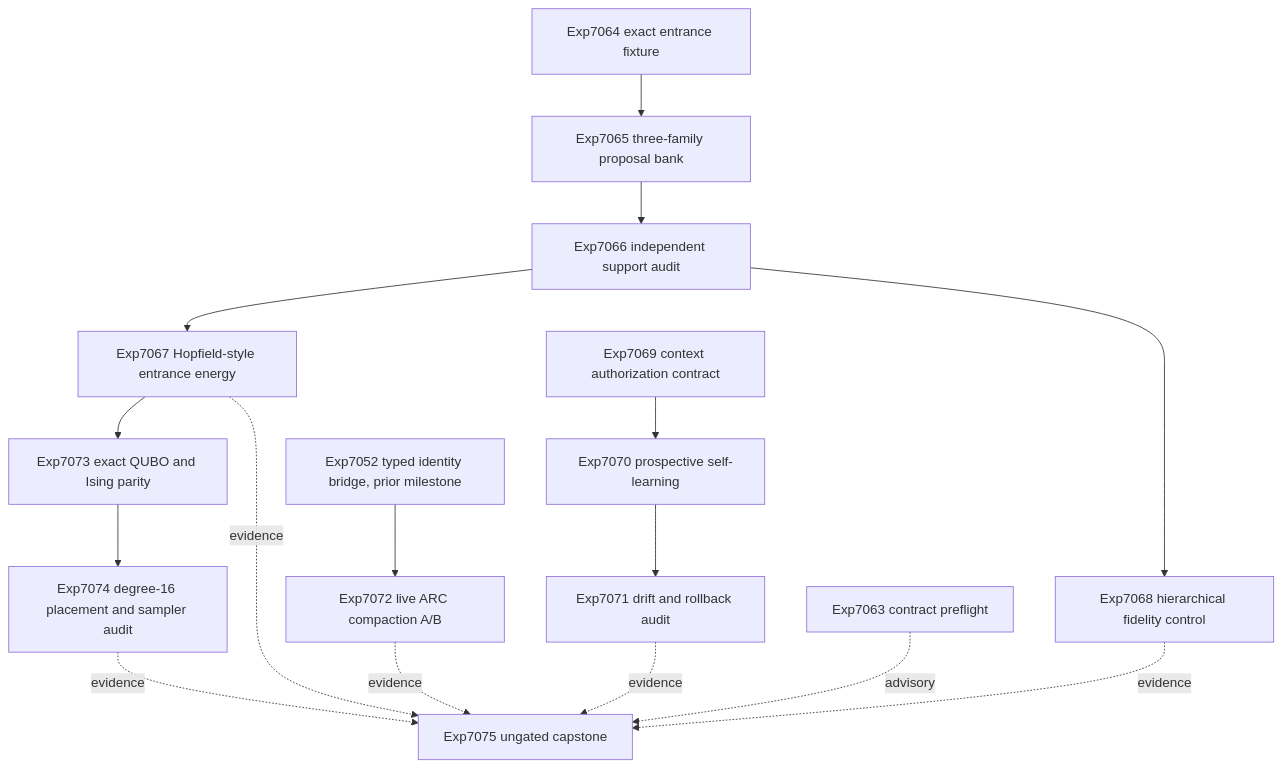
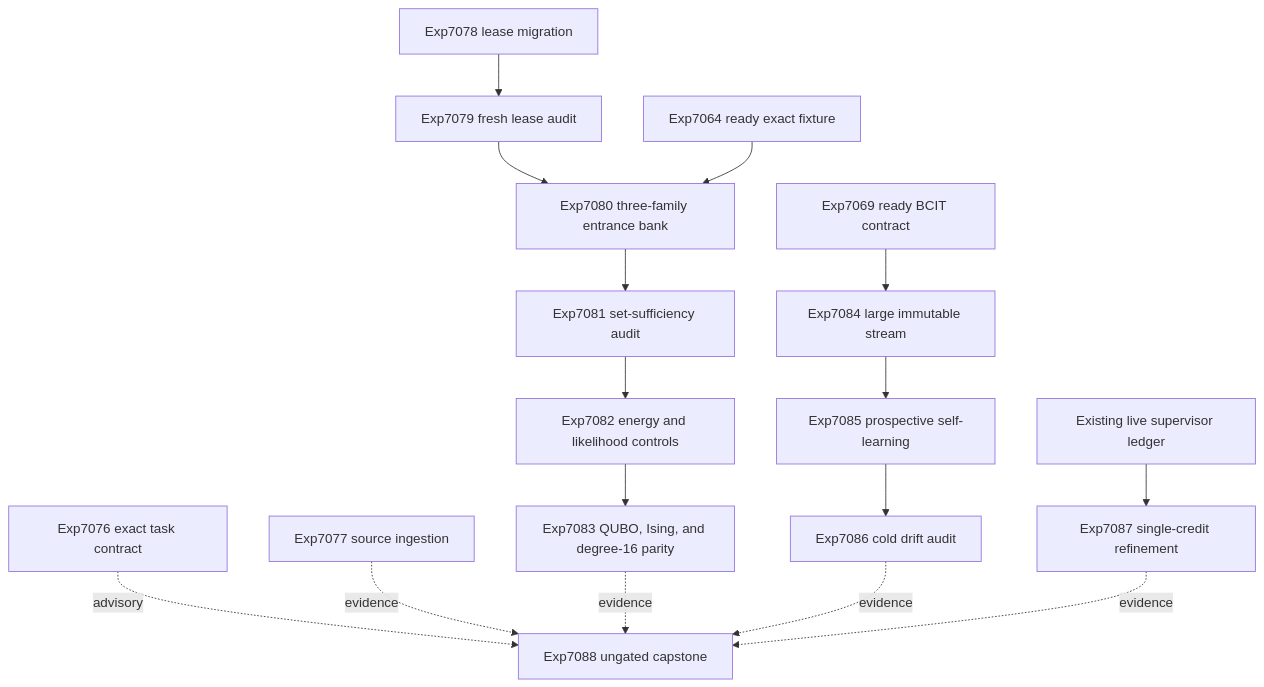
Before and after one commit to Carnot-EBM/carnot-ebm: the diagram in openspec/change-proposals/research-roadmap-vNEXT.md, drawn with Mermaid. The commit also changed other lines of this file and 10 other files, not shown here.

````diff
--- a/openspec/change-proposals/research-roadmap-vNEXT.md
+++ b/openspec/change-proposals/research-roadmap-vNEXT.md
@@ -74,21 +96,22 @@
 ```mermaid
 flowchart TD
-    F[Exp7064 exact entrance fixture] --> P[Exp7065 three-family proposal bank]
-    P --> A[Exp7066 independent support audit]
-    A --> E[Exp7067 Hopfield-style entrance energy]
-    A --> H[Exp7068 hierarchical fidelity control]
-    E --> I[Exp7073 exact QUBO and Ising parity]
-    I --> D[Exp7074 degree-16 placement and sampler audit]
+    C[Exp7076 exact task contract] -. advisory .-> Z[Exp7088 ungated capstone]
+    S[Exp7077 source ingestion] -. evidence .-> Z
 
-    C[Exp7069 context authorization contract] --> L[Exp7070 prospective self-learning]
-    L --> R[Exp7071 drift and rollback audit]
+    M[Exp7078 lease migration] --> A[Exp7079 fresh lease audit]
+    A --> B[Exp7080 three-family entrance bank]
+    F[Exp7064 ready exact fixture] --> B
+    B --> U[Exp7081 set-sufficiency audit]
+    U --> E[Exp7082 energy and likelihood controls]
+    E --> I[Exp7083 QUBO, Ising, and degree-16 parity]
 
-    X[Exp7052 typed identity bridge, prior milestone] --> G[Exp7072 live ARC compaction A/B]
+    K[Exp7069 ready BCIT contract] --> R[Exp7084 large immutable stream]
+    R --> L[Exp7085 prospective self-learning]
+    L --> D[Exp7086 cold drift audit]
 
-    T[Exp7063 contract preflight] -. advisory .-> Z[Exp7075 ungated capstone]
-    E -. evidence .-> Z
-    H -. evidence .-> Z
-    R -. evidence .-> Z
-    G -. evidence .-> Z
+    G[Existing live supervisor ledger] --> X[Exp7087 single-credit refinement]
+
+    I -. evidence .-> Z
     D -. evidence .-> Z
+    X -. evidence .-> Z
 ```
````
